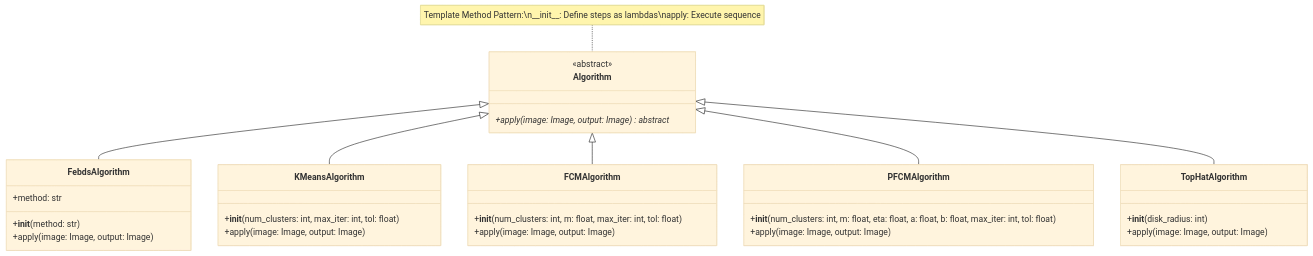
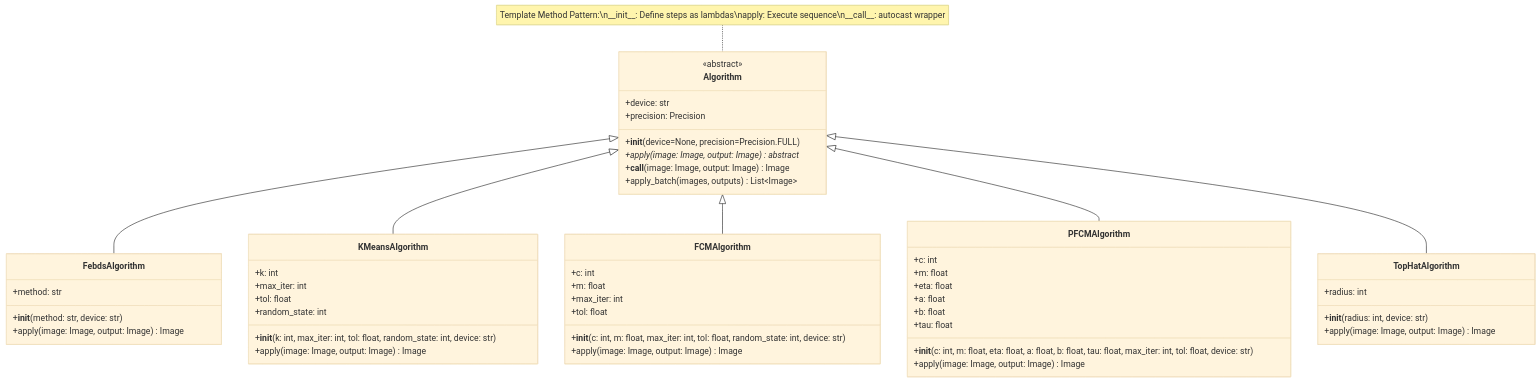
Before and after one commit to LATIS-medical-Imaging/medical-image-std: the fifth of 12 diagrams in docs/architecture.md, drawn with Mermaid (base theme). The commit also changed other lines of this file and 9 other files, not shown here.

````diff
--- a/docs/architecture.md
+++ b/docs/architecture.md
@@ -235,41 +259,61 @@
 ```mermaid
 classDiagram
     class Algorithm {
         <<abstract>>
+        +device: str
+        +precision: Precision
+        +__init__(device=None, precision=Precision.FULL)
         +apply(image: Image, output: Image)* abstract
+        +__call__(image: Image, output: Image) Image
+        +apply_batch(images, outputs) List~Image~
     }
-    
+
     class FebdsAlgorithm {
         +method: str
-        +__init__(method: str)
-        +apply(image: Image, output: Image)
+        +__init__(method: str, device: str)
+        +apply(image: Image, output: Image) Image
     }
-    
+
     class KMeansAlgorithm {
-        +__init__(num_clusters: int, max_iter: int, tol: float)
-        +apply(image: Image, output: Image)
+        +k: int
+        +max_iter: int
+        +tol: float
+        +random_state: int
+        +__init__(k: int, max_iter: int, tol: float, random_state: int, device: str)
+        +apply(image: Image, output: Image) Image
     }
-    
+
     class FCMAlgorithm {
-        +__init__(num_clusters: int, m: float, max_iter: int, tol: float)
-        +apply(image: Image, output: Image)
+        +c: int
+        +m: float
+        +max_iter: int
+        +tol: float
+        +__init__(c: int, m: float, max_iter: int, tol: float, random_state: int, device: str)
+        +apply(image: Image, output: Image) Image
     }
-    
+
     class PFCMAlgorithm {
-        +__init__(num_clusters: int, m: float, eta: float, a: float, b: float, max_iter: int, tol: float)
-        +apply(image: Image, output: Image)
+        +c: int
+        +m: float
+        +eta: float
+        +a: float
+        +b: float
+        +tau: float
+        +__init__(c: int, m: float, eta: float, a: float, b: float, tau: float, max_iter: int, tol: float, device: str)
+        +apply(image: Image, output: Image) Image
     }
 
     class TopHatAlgorithm {
-        +__init__(disk_radius: int)
-        +apply(image: Image, output: Image)
+        +radius: int
+        +__init__(radius: int, device: str)
+        +apply(image: Image, output: Image) Image
     }
-    
+
     Algorithm <|-- FebdsAlgorithm
     Algorithm <|-- KMeansAlgorithm
     Algorithm <|-- FCMAlgorithm
     Algorithm <|-- PFCMAlgorithm
     Algorithm <|-- TopHatAlgorithm
-    
-    note for Algorithm "Template Method Pattern:\n__init__: Define steps as lambdas\napply: Execute sequence"
+
+    note for Algorithm "Template Method Pattern:\n__init__: Define steps as lambdas\napply: Execute sequence\n__call__: autocast wrapper"
 ```
````
